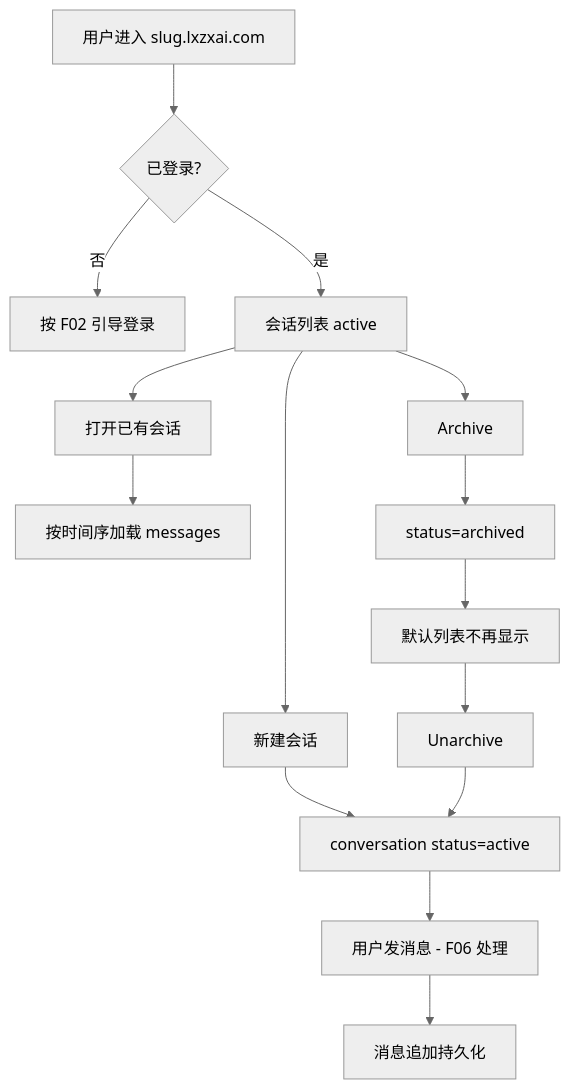
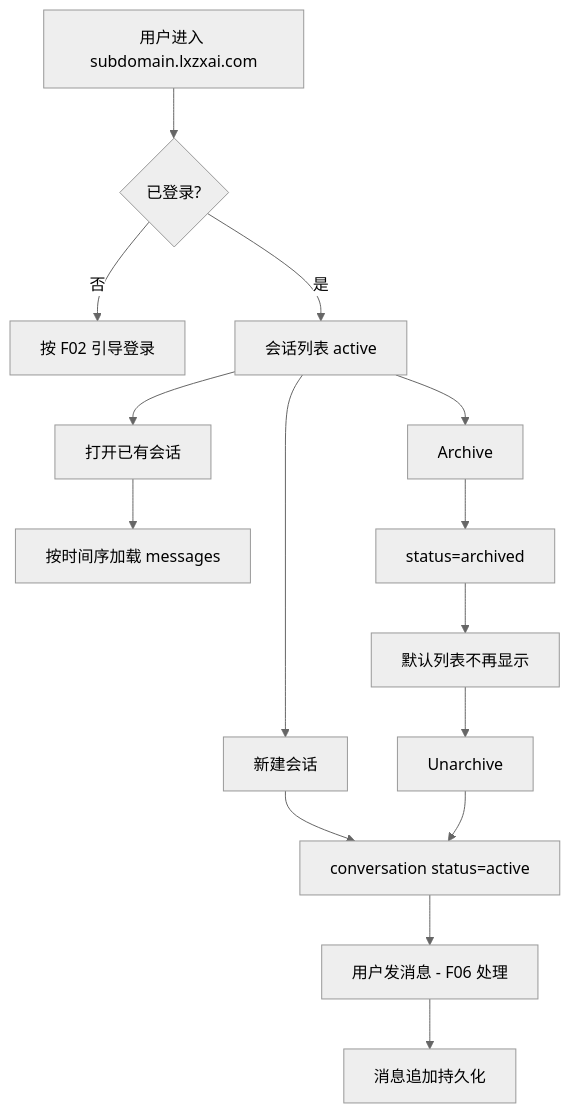
Before and after one commit to zmisi/rag-as-service: the diagram in docs/specs/phase1/features/F05-conversations.md, drawn with Mermaid (neutral theme). The commit also changed other lines of this file and 22 other files, not shown here.

````diff
--- a/docs/specs/phase1/features/F05-conversations.md
+++ b/docs/specs/phase1/features/F05-conversations.md
@@ -28,17 +28,17 @@
 ```mermaid
 flowchart TD
-  A[用户进入 slug.lxzxai.com] --> B{已登录?}
+  A[用户进入 subdomain.lxzxai.com] --> B{已登录?}
   B -->|否| C[按 F02 引导登录]
   B -->|是| D[会话列表 active]
   D --> E[新建会话]
   E --> F[conversation status=active]
   F --> G[用户发消息 - F06 处理]
   G --> H[消息追加持久化]
   D --> I[打开已有会话]
   I --> J[按时间序加载 messages]
   D --> K[Archive]
   K --> L[status=archived]
   L --> M[默认列表不再显示]
   M --> N[Unarchive]
   N --> F
 ```
````
